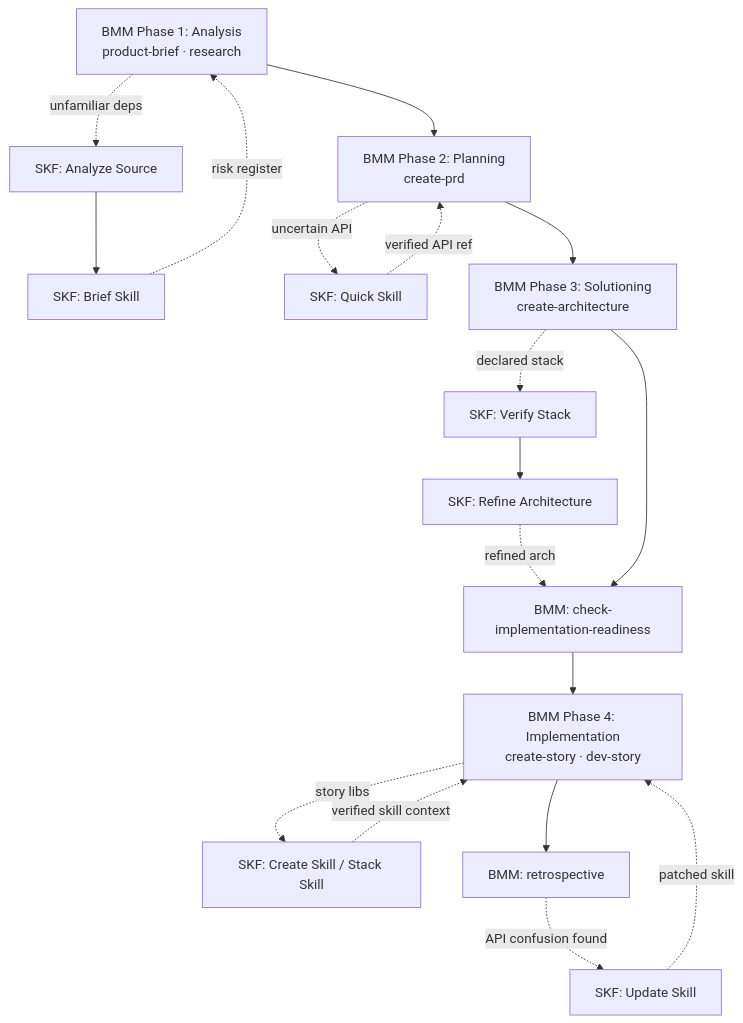
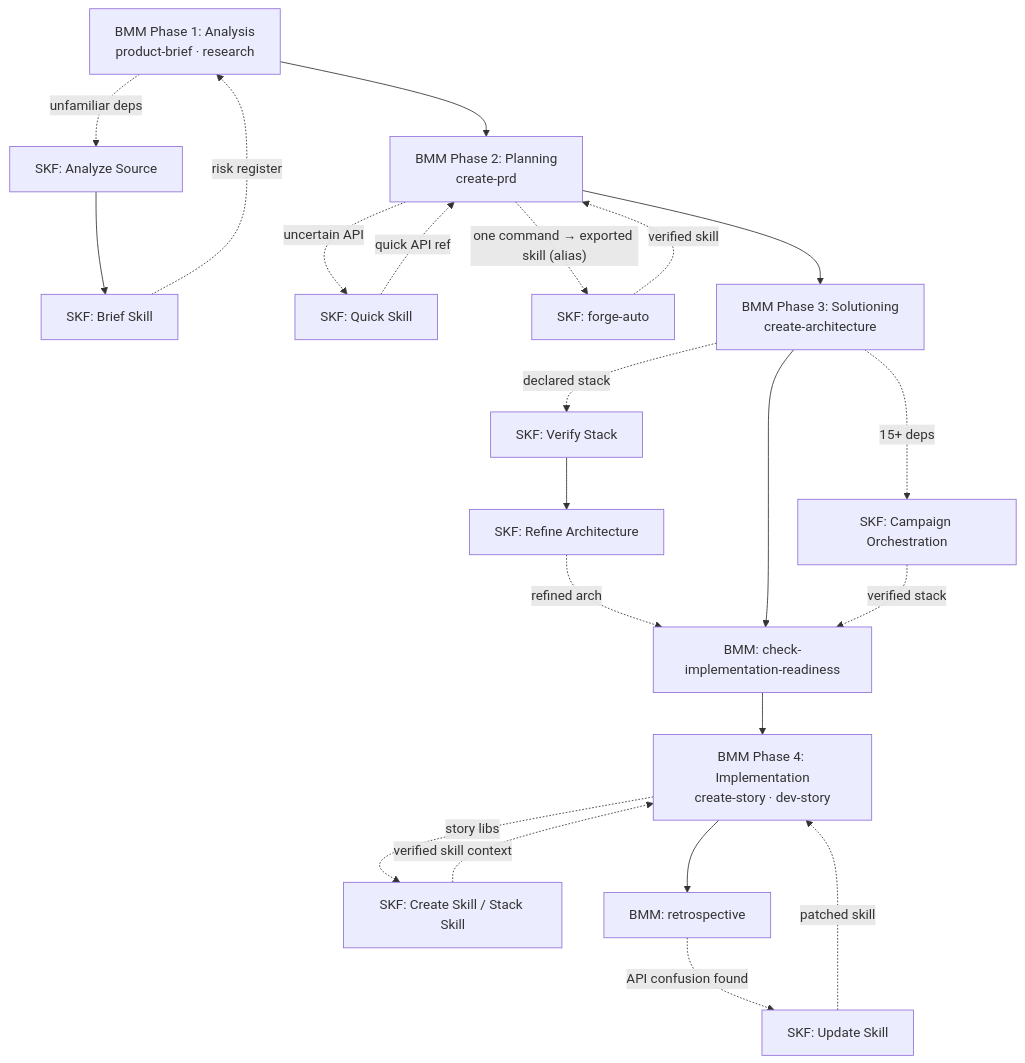
Before and after one commit to armelhbobdad/oh-my-skills: the first of 3 diagrams in _skf-learn/bmad-synergy.md, drawn with Mermaid. The commit also changed other lines of this file and 1033 other files, not shown here.

````diff
--- a/_skf-learn/bmad-synergy.md
+++ b/_skf-learn/bmad-synergy.md
@@ -32,24 +50,28 @@
 ```mermaid
 flowchart TD
     P1[BMM Phase 1: Analysis<br/>product-brief · research] -.->|unfamiliar deps| AN[SKF: Analyze Source]
     AN --> BS[SKF: Brief Skill]
     BS -.->|risk register| P1
 
     P1 --> P2[BMM Phase 2: Planning<br/>create-prd]
     P2 -.->|uncertain API| QS[SKF: Quick Skill]
-    QS -.->|verified API ref| P2
+    QS -.->|quick API ref| P2
+    P2 -.->|"one command → exported skill (alias)"| DW[SKF: forge-auto]
+    DW -.->|verified skill| P2
 
     P2 --> P3[BMM Phase 3: Solutioning<br/>create-architecture]
     P3 -.->|declared stack| VS[SKF: Verify Stack]
     VS --> RA[SKF: Refine Architecture]
     RA -.->|refined arch| P3b[BMM: check-implementation-readiness]
     P3 --> P3b
+    P3 -.->|15+ deps| CAMP[SKF: Campaign Orchestration]
+    CAMP -.->|verified stack| P3b
 
     P3b --> P4[BMM Phase 4: Implementation<br/>create-story · dev-story]
     P4 -.->|story libs| CS[SKF: Create Skill / Stack Skill]
     CS -.->|verified skill context| P4
 
     P4 --> RETRO[BMM: retrospective]
     RETRO -.->|API confusion found| US[SKF: Update Skill]
     US -.->|patched skill| P4
 ```
````
